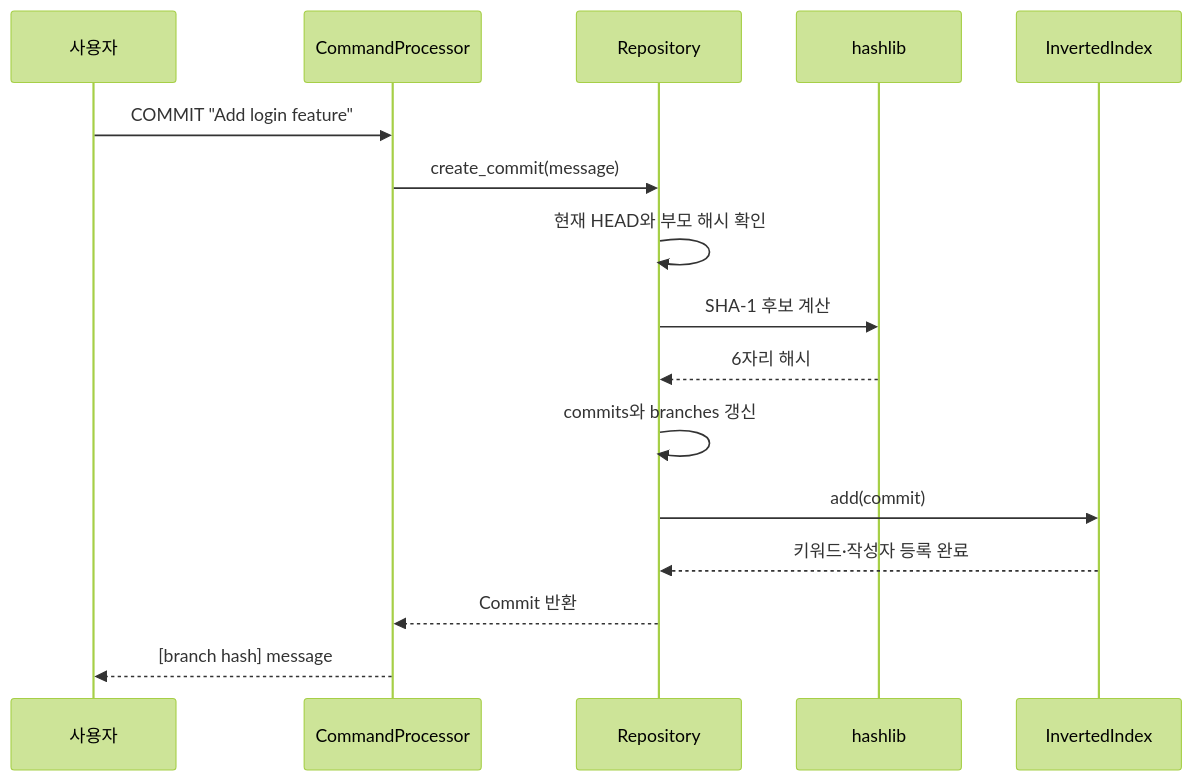
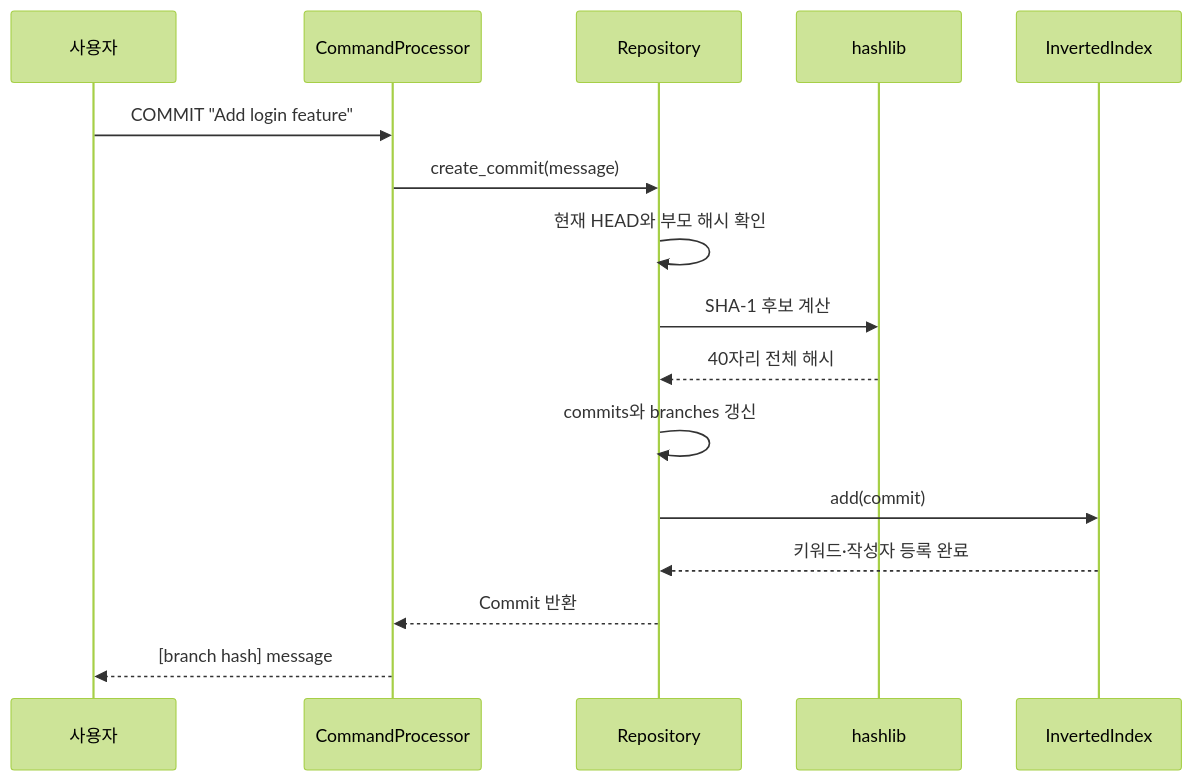
Before and after one commit to hkk-cody/B5-2: the third of 3 diagrams in docs/CODE_ANALYSIS_GUIDE.md, drawn with Mermaid (forest theme). The commit also changed other lines of this file and 22 other files, not shown here.

````diff
--- a/docs/CODE_ANALYSIS_GUIDE.md
+++ b/docs/CODE_ANALYSIS_GUIDE.md
@@ -441,18 +441,18 @@
 ```mermaid
 sequenceDiagram
     participant User as 사용자
     participant Parser as CommandProcessor
     participant Repo as Repository
     participant Hash as hashlib
     participant Index as InvertedIndex
     User->>Parser: COMMIT "Add login feature"
     Parser->>Repo: create_commit(message)
     Repo->>Repo: 현재 HEAD와 부모 해시 확인
     Repo->>Hash: SHA-1 후보 계산
-    Hash-->>Repo: 6자리 해시
+    Hash-->>Repo: 40자리 전체 해시
     Repo->>Repo: commits와 branches 갱신
     Repo->>Index: add(commit)
     Index-->>Repo: 키워드·작성자 등록 완료
     Repo-->>Parser: Commit 반환
     Parser-->>User: [branch hash] message
 ```
````
